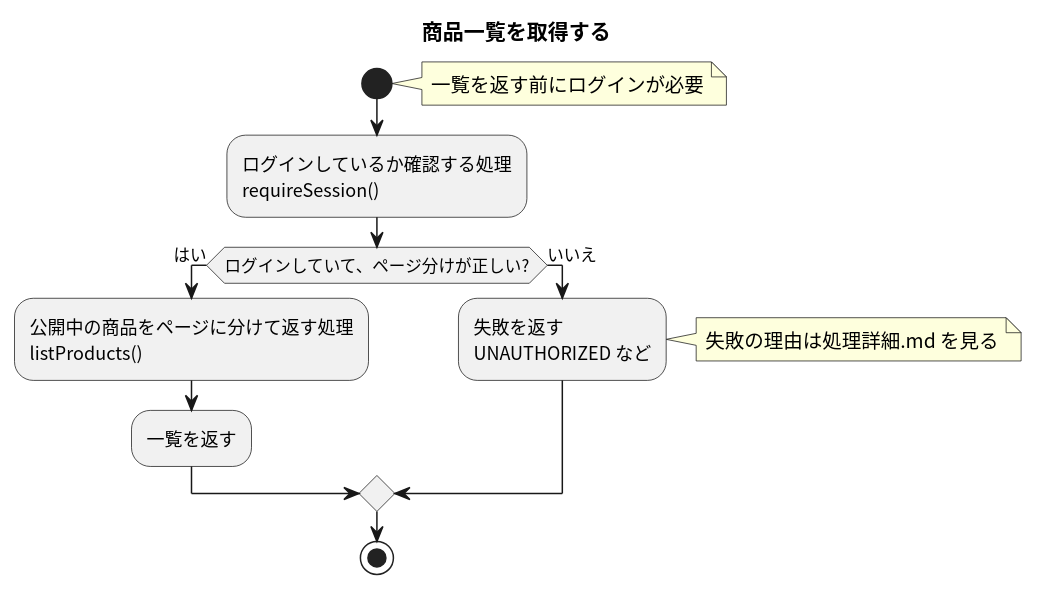
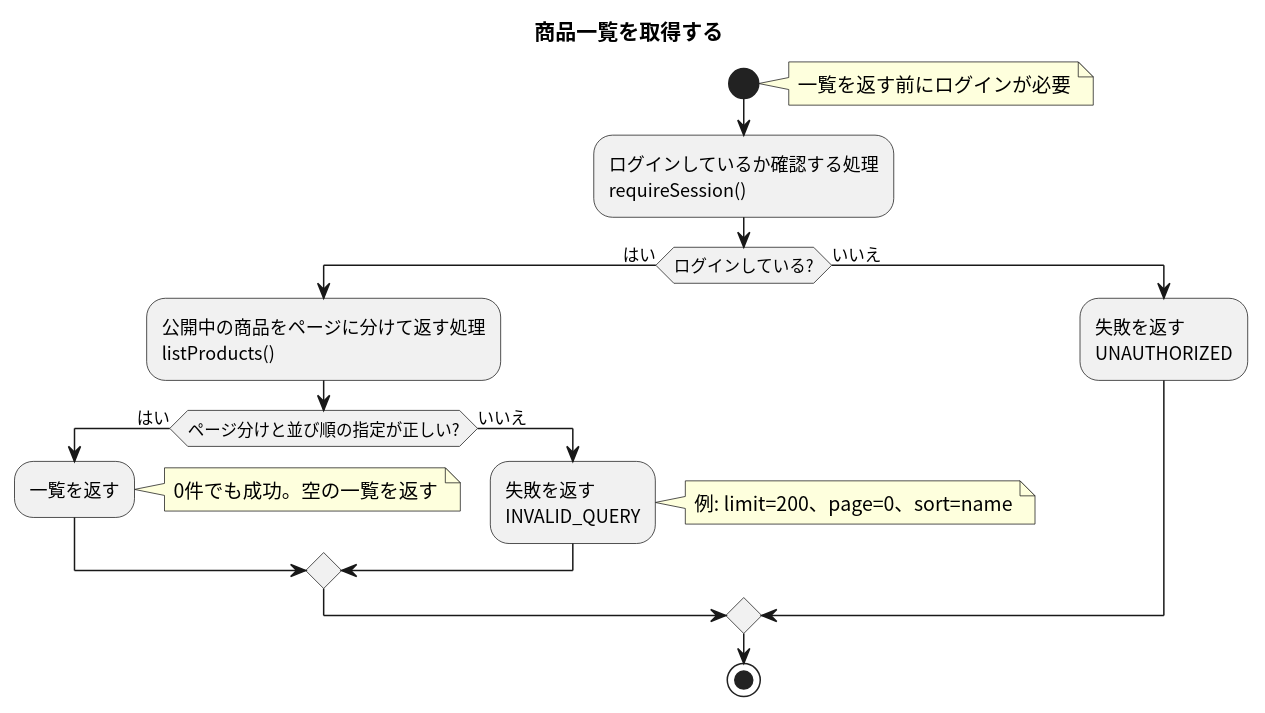
Before and after one commit to masamasamasato/design-doc-template: the diagram in apis/list-products/flow.puml, drawn with PlantUML. The commit also changed 109 other files, not shown here.

```diff
--- a/apis/list-products/flow.puml
+++ b/apis/list-products/flow.puml
@@ -3,19 +3,24 @@
 @startuml
 skinparam shadowing false
 skinparam defaultFontName "Noto Sans CJK JP"
 skinparam ActivityFontName "Noto Sans CJK JP"
 
 title 商品一覧を取得する
 
 start
 note right: 一覧を返す前にログインが必要
 :ログインしているか確認する処理\nrequireSession();
-if (ログインしていて、ページ分けが正しい?) then (はい)
+if (ログインしている?) then (はい)
   :公開中の商品をページに分けて返す処理\nlistProducts();
-  :一覧を返す;
+  if (ページ分けと並び順の指定が正しい?) then (はい)
+    :一覧を返す;
+    note right: 0件でも成功。空の一覧を返す
+  else (いいえ)
+    :失敗を返す\nINVALID_QUERY;
+    note right: 例: limit=200、page=0、sort=name
+  endif
 else (いいえ)
-  :失敗を返す\nUNAUTHORIZED など;
-  note right: 失敗の理由は処理詳細.md を見る
+  :失敗を返す\nUNAUTHORIZED;
 endif
 stop
 @enduml
```
